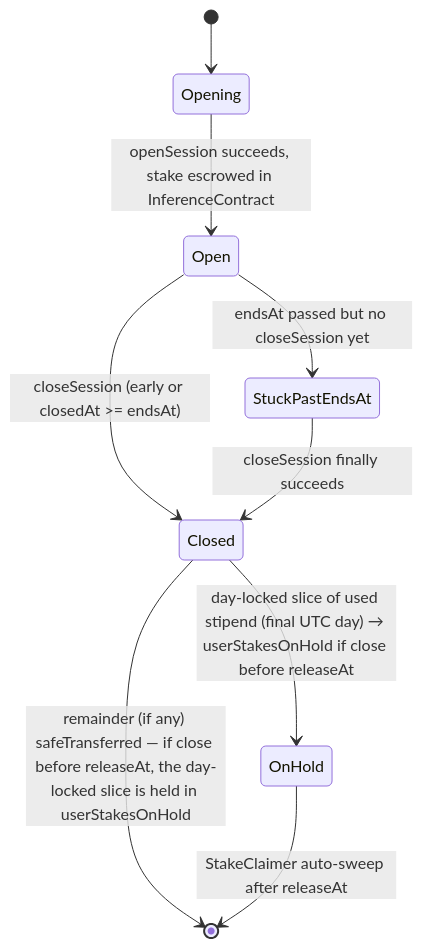
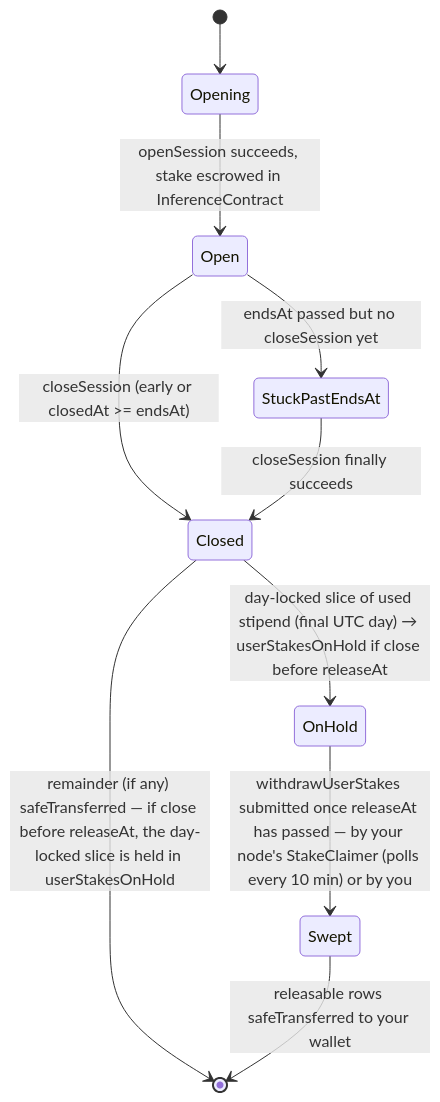
Before and after one commit to cowboycoderhq/Morpheus-Lumerin-Node: the diagram in docs/ai/session-states-open-close-recover.mdx, drawn with Mermaid. The commit also changed other lines of this file and 1 other file, not shown here.

Commit message:
docs: make the two session state machines agree, and fix the on-hold edges

````diff
--- a/docs/ai/session-states-open-close-recover.mdx
+++ b/docs/ai/session-states-open-close-recover.mdx
@@ -13,11 +13,12 @@
 ```mermaid
 stateDiagram-v2
   [*] --> Opening
   Opening --> Open: openSession succeeds, stake escrowed in InferenceContract
   Open --> Closed: closeSession (early or closedAt >= endsAt)
   Open --> StuckPastEndsAt: endsAt passed but no closeSession yet
   StuckPastEndsAt --> Closed: closeSession finally succeeds
   Closed --> [*]: remainder (if any) safeTransferred — if close before releaseAt, the day-locked slice is held in userStakesOnHold
   Closed --> OnHold: day-locked slice of used stipend (final UTC day) → userStakesOnHold if close before releaseAt
-OnHold --> [*]: StakeClaimer auto-sweep after releaseAt
+  OnHold --> Swept: withdrawUserStakes submitted once releaseAt has passed — by your node's StakeClaimer (polls every 10 min) or by you
+  Swept --> [*]: releasable rows safeTransferred to your wallet
 ```
````
